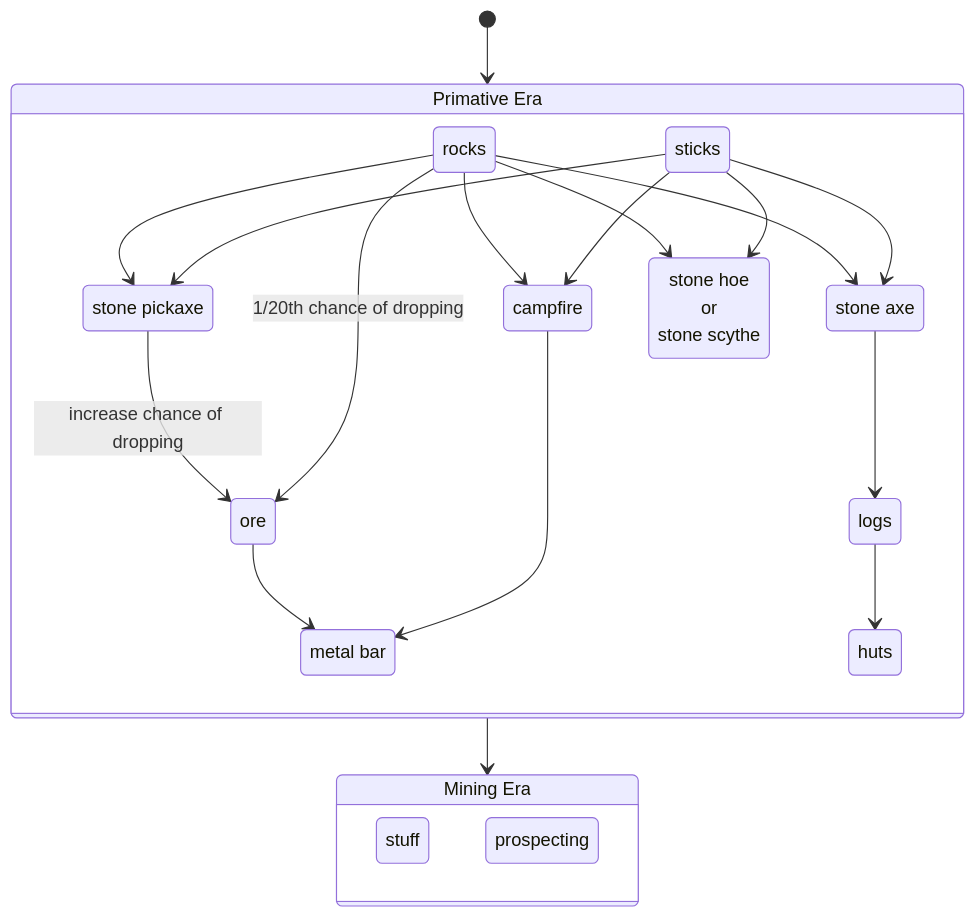
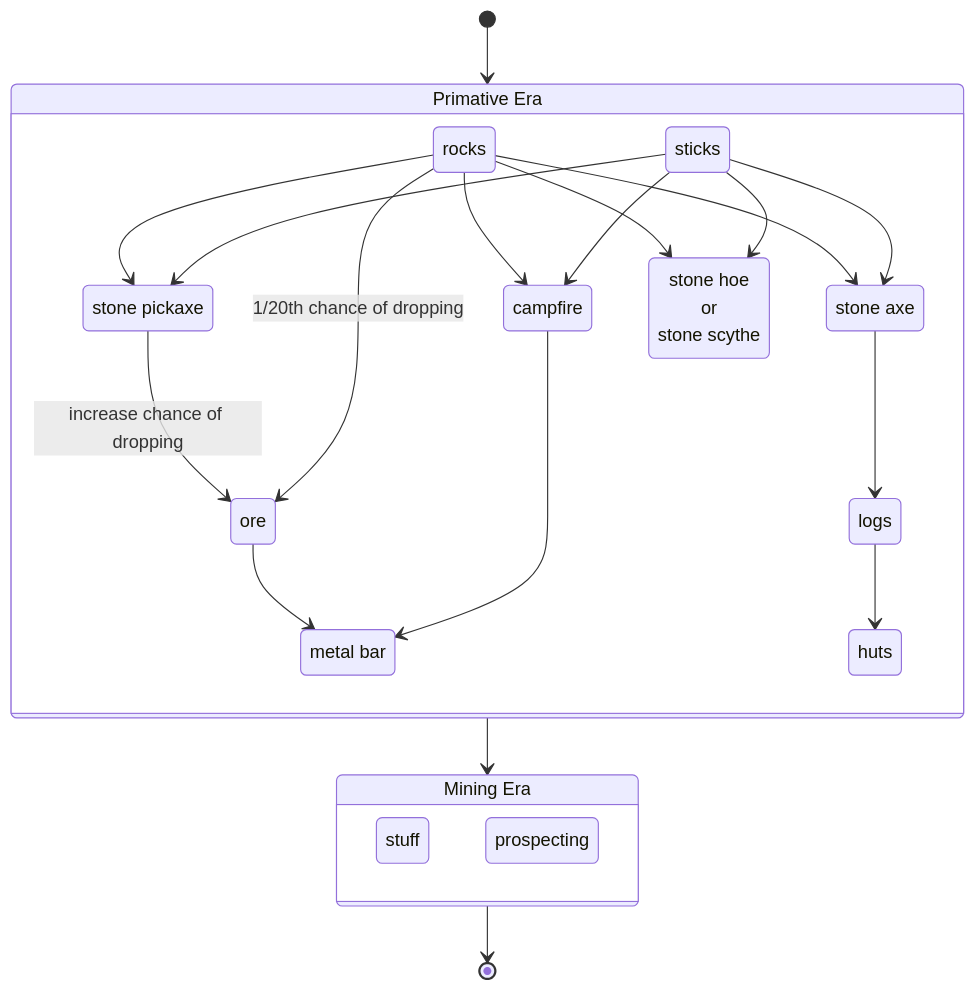
The second of 3 diagrams in FLOWCHART.md (ethan-w-foshee/TerraStella), drawn with Mermaid before and after one commit. The commit also changed other lines of this file, not shown here.

````diff
--- a/FLOWCHART.md
+++ b/FLOWCHART.md
@@ -64,48 +64,49 @@
 ```mermaid
 stateDiagram-v2
 
  1  : Primative Era
  2  : Mining Era
 
  state 1 {
     1.1a : sticks
     1.1b : rocks
     1.2a : ore
     1.2b : campfire
     1.4a : metal bar
     1.4b : huts
     1.2d : stone axe
     1.3a : logs
     1.2e : stone pickaxe
     1.2f : stone hoe<br> or <br> stone scythe
 
     %% Main storyline
     1.1b --> 1.2a : 1/20th chance of dropping
     1.2b --> 1.4a
     1.2a --> 1.4a
 
     %% Different things that use both sticks and rocks
     1.1a --> 1.2b
     1.1b --> 1.2b
     1.1a --> 1.2d
     1.1b --> 1.2d
     1.1a --> 1.2e
     1.1b --> 1.2e
     1.1a --> 1.2f
     1.1b --> 1.2f
 
     %% Add-ons
     1.2d --> 1.3a
     1.3a --> 1.4b
     1.2e --> 1.2a : increase chance of dropping
  }
 
  state 2 {
     2.1a : stuff
     2.1b : prospecting
 
  }
 
  [*] --> 1
  1 --> 2
+ 2 --> [*]
 ```
````
